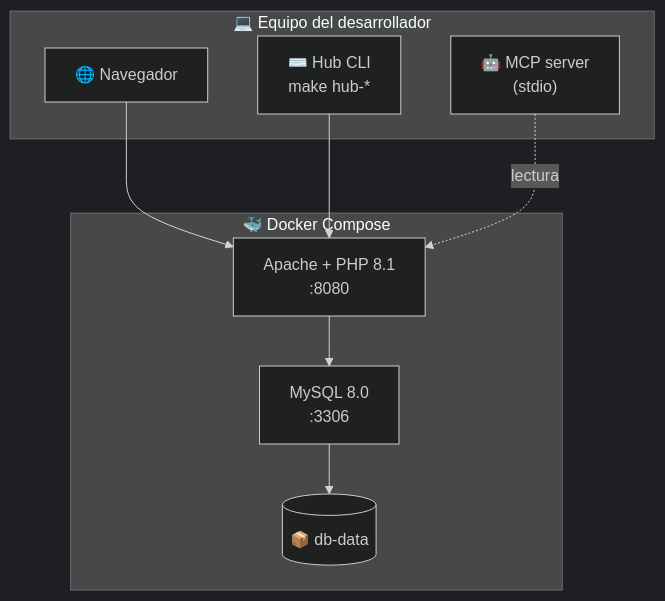
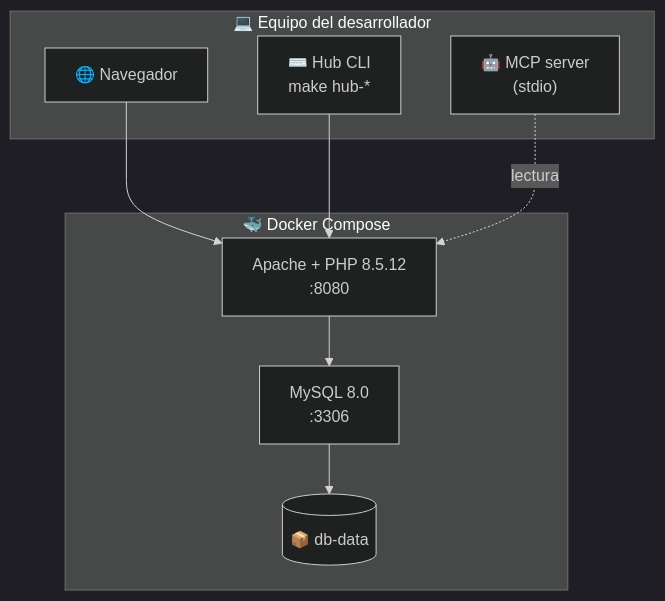
Before and after one commit to vladimiracunadev-create/microsistemas: the second of 7 diagrams in docs/AWS_MIGRATION.md, drawn with Mermaid (dark theme). The commit also changed other lines of this file and 82 other files, not shown here.

````diff
--- a/docs/AWS_MIGRATION.md
+++ b/docs/AWS_MIGRATION.md
@@ -92,18 +92,18 @@
 ```mermaid
 graph TB
     subgraph Local["💻 Equipo del desarrollador"]
         Browser["🌐 Navegador"]
         Hub["⌨️ Hub CLI<br/>make hub-*"]
         MCP["🤖 MCP server<br/>(stdio)"]
     end
     subgraph Docker["🐳 Docker Compose"]
-        Apache["Apache + PHP 8.1<br/>:8080"]
+        Apache["Apache + PHP 8.5.12<br/>:8080"]
         MySQL["MySQL 8.0<br/>:3306"]
         Vol[("📦 db-data")]
     end
     Browser --> Apache
     Hub --> Apache
     Apache --> MySQL
     MySQL --> Vol
     MCP -.lectura.-> Apache
 ```
````
